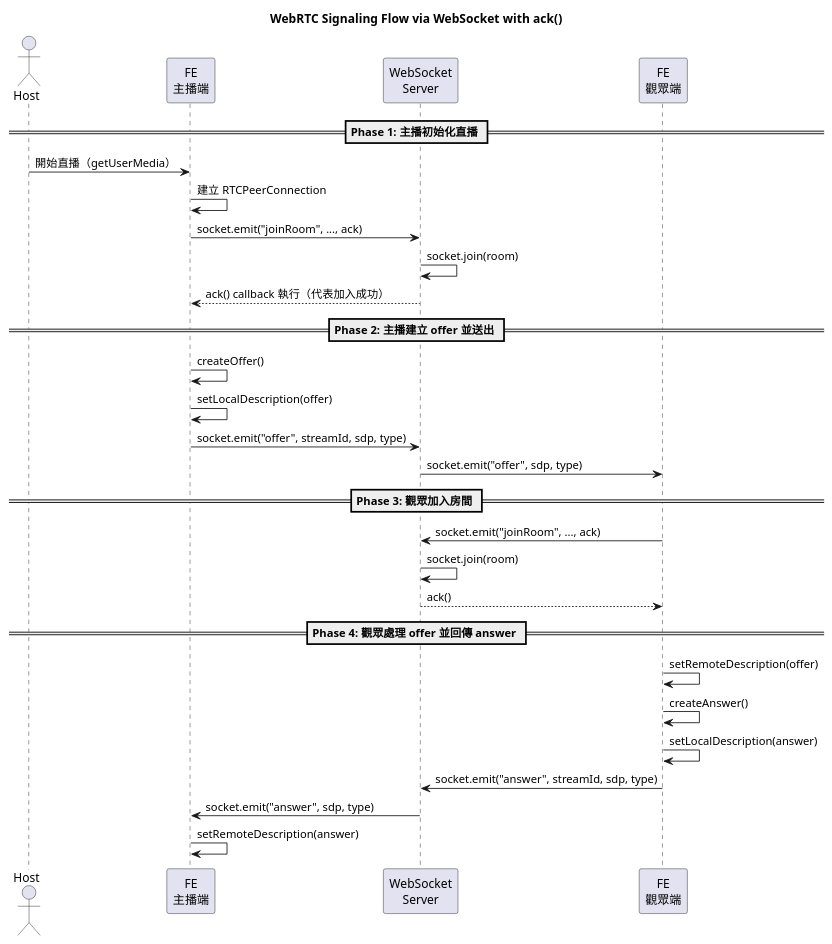
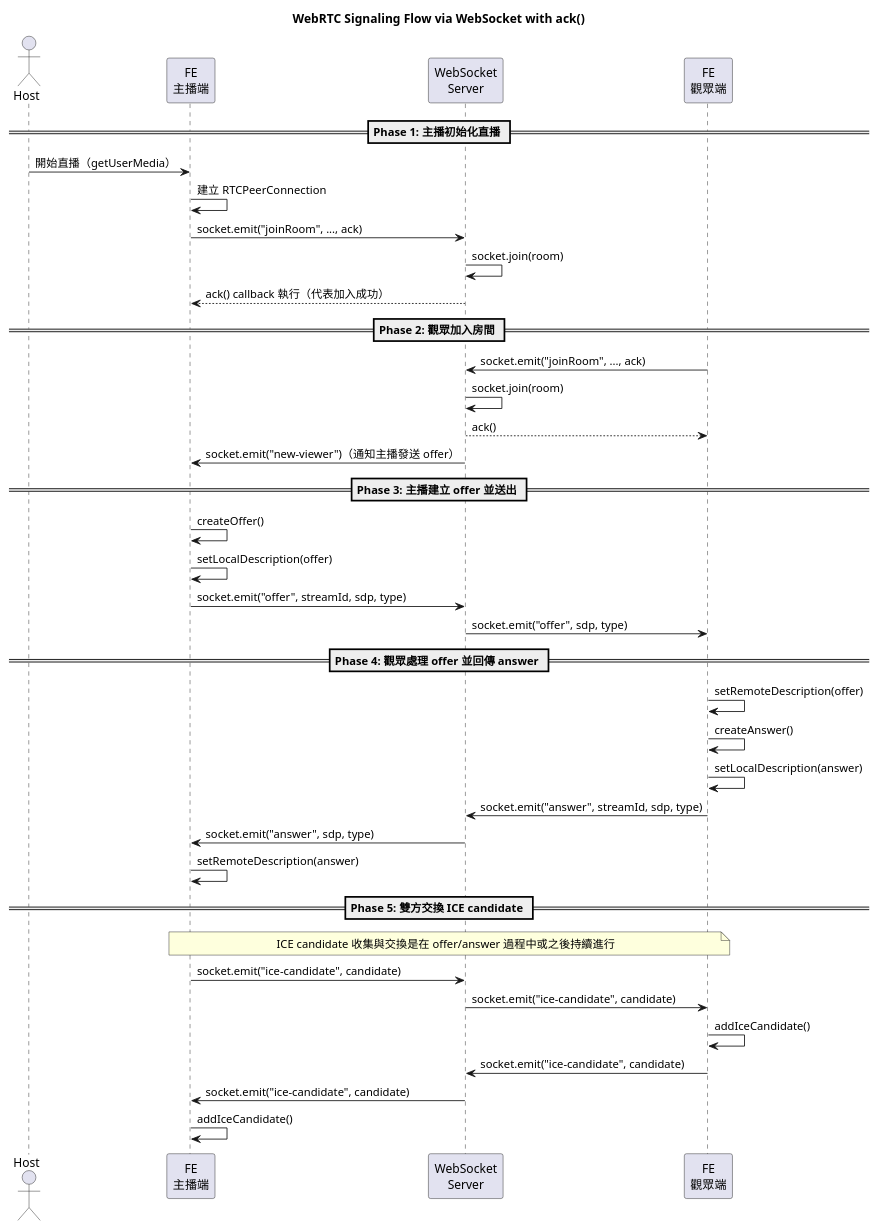
One commit to ALICE-YEN/glow-live-fe changed the diagram in webrtc-signaling-offer-answer.puml. Above: the diagram before and after it, drawn with PlantUML. The commit also changed 3 other files, not shown here.

Commit message:
feat: webrtc-signaling-offer-answer.puml ICE candidate + useHostWebRTC socket.on new-viewer ice-candidate

```diff
--- a/webrtc-signaling-offer-answer.puml
+++ b/webrtc-signaling-offer-answer.puml
@@ -1,35 +1,49 @@
 @startuml webrtc-signaling-offer-answer
 title WebRTC Signaling Flow via WebSocket with ack()
 
 actor Host
 participant "FE\n主播端" as FE_A
 participant "WebSocket\nServer" as WS
 participant "FE\n觀眾端" as FE_B
 
 == Phase 1: 主播初始化直播 ==
 Host -> FE_A: 開始直播（getUserMedia）
 FE_A -> FE_A: 建立 RTCPeerConnection
 FE_A -> WS: socket.emit("joinRoom", ..., ack)
 WS -> WS: socket.join(room)
 WS --> FE_A: ack() callback 執行（代表加入成功）
 
-== Phase 2: 主播建立 offer 並送出 ==
+== Phase 2: 觀眾加入房間 ==
+FE_B -> WS: socket.emit("joinRoom", ..., ack)
+WS -> WS: socket.join(room)
+WS --> FE_B: ack()
+WS -> FE_A: socket.emit("new-viewer")（通知主播發送 offer）
+
+== Phase 3: 主播建立 offer 並送出 ==
 FE_A -> FE_A: createOffer()
 FE_A -> FE_A: setLocalDescription(offer)
 FE_A -> WS: socket.emit("offer", streamId, sdp, type)
 WS -> FE_B: socket.emit("offer", sdp, type)
-
-== Phase 3: 觀眾加入房間 ==
-FE_B -> WS: socket.emit("joinRoom", ..., ack)
-WS -> WS: socket.join(room)
-WS --> FE_B: ack()
 
 == Phase 4: 觀眾處理 offer 並回傳 answer ==
 FE_B -> FE_B: setRemoteDescription(offer)
 FE_B -> FE_B: createAnswer()
 FE_B -> FE_B: setLocalDescription(answer)
 FE_B -> WS: socket.emit("answer", streamId, sdp, type)
 WS -> FE_A: socket.emit("answer", sdp, type)
 FE_A -> FE_A: setRemoteDescription(answer)
 
+== Phase 5: 雙方交換 ICE candidate ==
+note over FE_A, FE_B
+ICE candidate 收集與交換是在 offer/answer 過程中或之後持續進行
+end note
+
+FE_A -> WS: socket.emit("ice-candidate", candidate)
+WS -> FE_B: socket.emit("ice-candidate", candidate)
+FE_B -> FE_B: addIceCandidate()
+
+FE_B -> WS: socket.emit("ice-candidate", candidate)
+WS -> FE_A: socket.emit("ice-candidate", candidate)
+FE_A -> FE_A: addIceCandidate()
+
 @enduml
```
